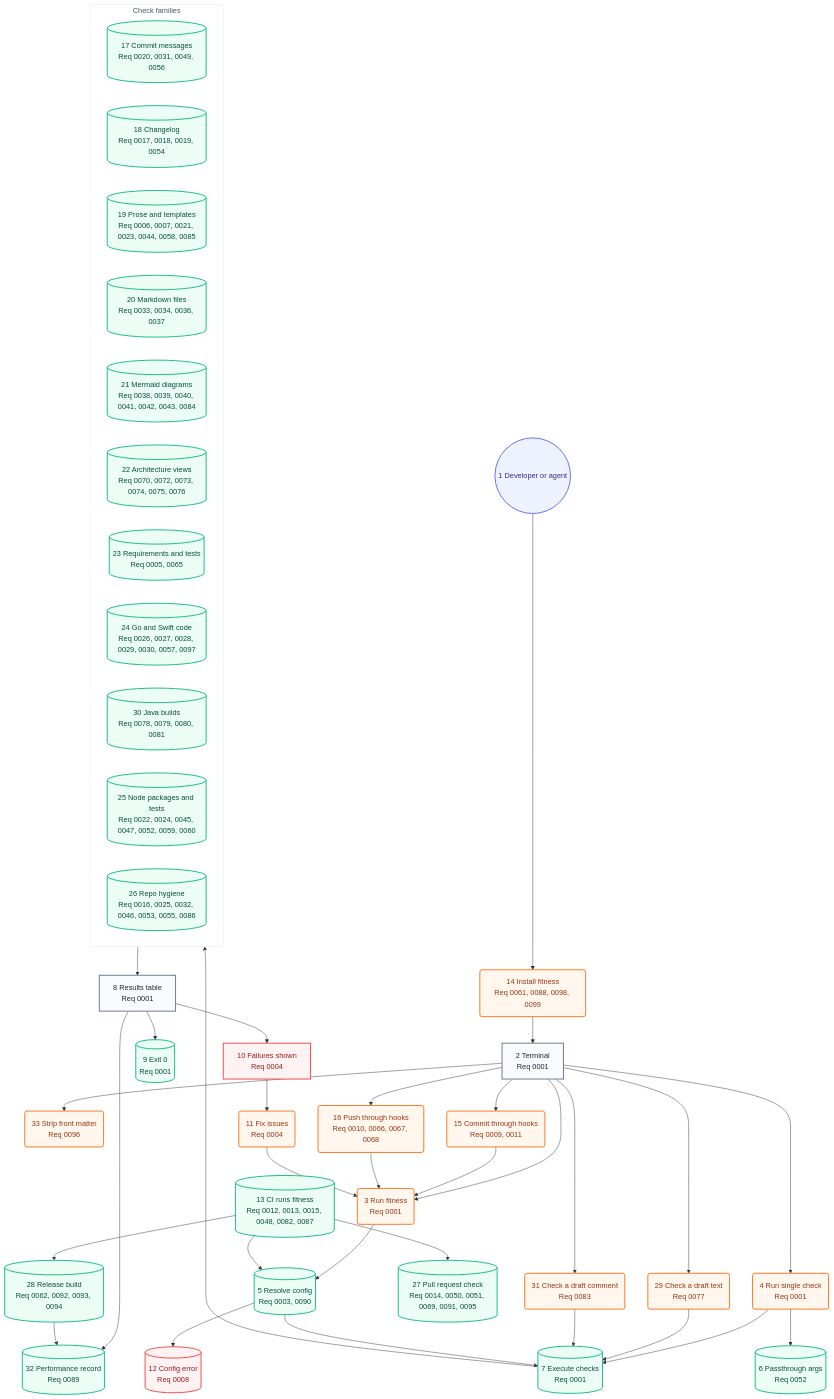
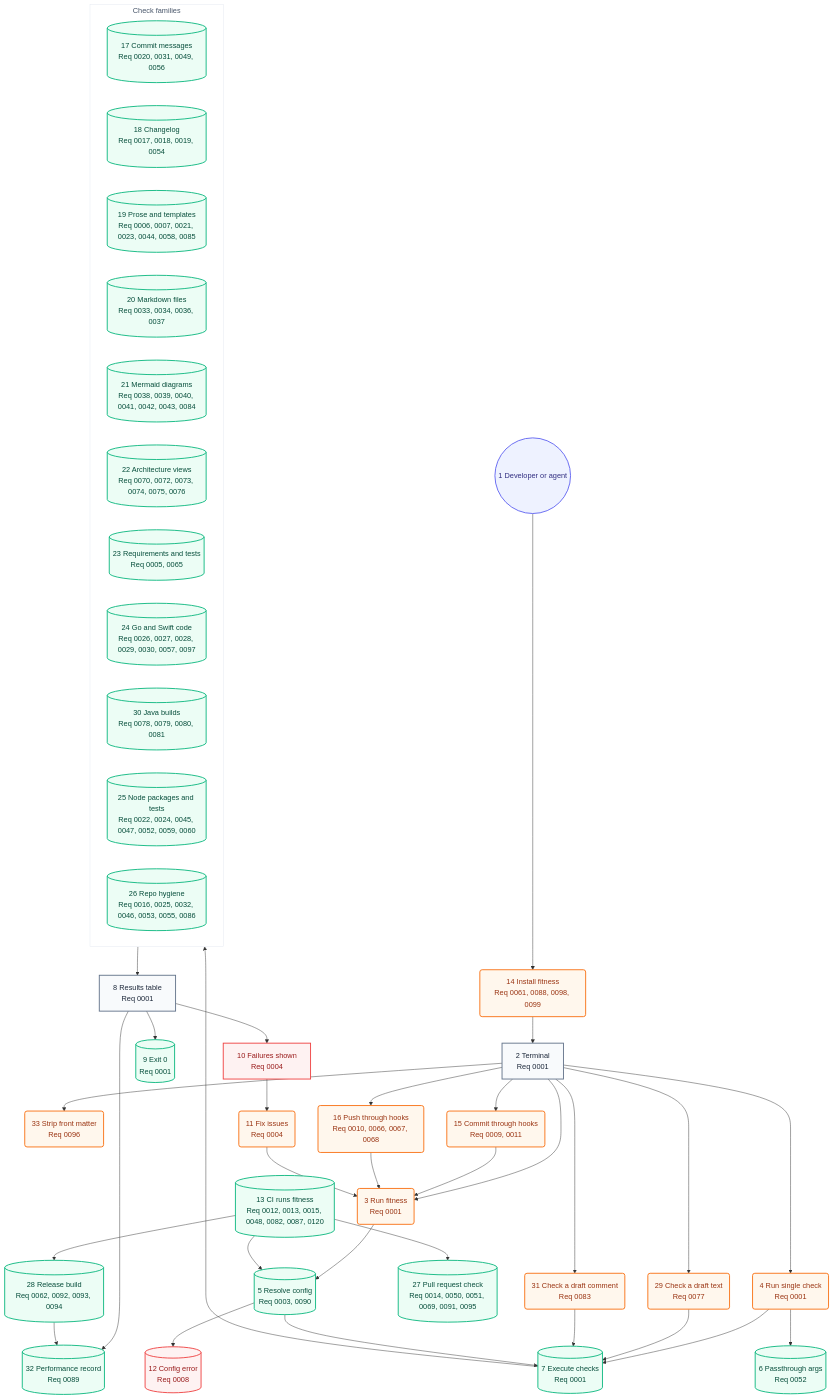
Before and after one commit to may-journal/fitness-runner: the second of 2 diagrams in docs/architecture/05-user-journey.md, drawn with Mermaid. The commit also changed 10 other files, not shown here.

````diff
--- a/docs/architecture/05-user-journey.md
+++ b/docs/architecture/05-user-journey.md
@@ -40,78 +40,78 @@
 ```mermaid
 flowchart TB
     dev((1 Developer or agent)):::persona
     install(14 Install fitness<br/>Req 0061, 0088, 0098, 0099):::action
     terminal[2 Terminal<br/>Req 0001]:::screen
     runFull(3 Run fitness<br/>Req 0001):::action
     runSingle(4 Run single check<br/>Req 0001):::action
     runBlob(29 Check a draft text<br/>Req 0077):::action
     runComment(31 Check a draft comment<br/>Req 0083):::action
     stripFront(33 Strip front matter<br/>Req 0096):::action
     commitHook(15 Commit through hooks<br/>Req 0009, 0011):::action
     pushHook(16 Push through hooks<br/>Req 0010, 0066, 0067, 0068):::action
     resolveConfig[(5 Resolve config<br/>Req 0003, 0090)]:::system
     passArgs[(6 Passthrough args<br/>Req 0052)]:::system
     executeChecks[(7 Execute checks<br/>Req 0001)]:::system
 
     subgraph checks["Check families"]
         commitChecks[(17 Commit messages<br/>Req 0020, 0031, 0049, 0056)]:::system
         changelogChecks[(18 Changelog<br/>Req 0017, 0018, 0019, 0054)]:::system
         proseChecks[(19 Prose and templates<br/>Req 0006, 0007, 0021, 0023, 0044, 0058, 0085)]:::system
         markdownChecks[(20 Markdown files<br/>Req 0033, 0034, 0036, 0037)]:::system
         mermaidChecks[(21 Mermaid diagrams<br/>Req 0038, 0039, 0040, 0041, 0042, 0043, 0084)]:::system
         architectureChecks[(22 Architecture views<br/>Req 0070, 0072, 0073, 0074, 0075, 0076)]:::system
         requirementChecks[(23 Requirements and tests<br/>Req 0005, 0065)]:::system
         goSwiftChecks[(24 Go and Swift code<br/>Req 0026, 0027, 0028, 0029, 0030, 0057, 0097)]:::system
         javaChecks[(30 Java builds<br/>Req 0078, 0079, 0080, 0081)]:::system
         nodeChecks[(25 Node packages and tests<br/>Req 0022, 0024, 0045, 0047, 0052, 0059, 0060)]:::system
         repoChecks[(26 Repo hygiene<br/>Req 0016, 0025, 0032, 0046, 0053, 0055, 0086)]:::system
     end
 
     resultsTable[8 Results table<br/>Req 0001]:::screen
     exitZero[(9 Exit 0<br/>Req 0001)]:::system
     failuresShown[10 Failures shown<br/>Req 0004]:::blocked
     fixIssues(11 Fix issues<br/>Req 0004):::action
     configError[(12 Config error<br/>Req 0008)]:::blocked
-    ciRun[(13 CI runs fitness<br/>Req 0012, 0013, 0015, 0048, 0082, 0087)]:::system
+    ciRun[(13 CI runs fitness<br/>Req 0012, 0013, 0015, 0048, 0082, 0087, 0120)]:::system
     prCheck[(27 Pull request check<br/>Req 0014, 0050, 0051, 0069, 0091, 0095)]:::system
     release[(28 Release build<br/>Req 0062, 0092, 0093, 0094)]:::system
     perfRecord[(32 Performance record<br/>Req 0089)]:::system
 
     dev --> install
     install --> terminal
     terminal --> runFull
     terminal --> runSingle
     terminal --> commitHook
     terminal --> pushHook
     terminal --> runBlob
     terminal --> runComment
     terminal --> stripFront
     commitHook --> runFull
     pushHook --> runFull
     runFull --> resolveConfig
     runSingle --> executeChecks
     runSingle --> passArgs
     runBlob --> executeChecks
     runComment --> executeChecks
     resolveConfig --> executeChecks
     resolveConfig --> configError
     executeChecks --> checks
     checks --> resultsTable
     resultsTable --> exitZero
     resultsTable --> failuresShown
     failuresShown --> fixIssues
     fixIssues --> runFull
     ciRun --> resolveConfig
     ciRun --> prCheck
     ciRun --> release
     resultsTable --> perfRecord
     release --> perfRecord
 
     classDef persona fill:#eef2ff,stroke:#6366f1,color:#312e81,stroke-width:2px
     classDef screen fill:#f8fafc,stroke:#64748b,color:#1e293b,stroke-width:2px
     classDef action fill:#fff7ed,stroke:#f97316,color:#9a3412,stroke-width:2px
     classDef system fill:#ecfdf5,stroke:#10b981,color:#064e3b,stroke-width:2px
     classDef blocked fill:#fef2f2,stroke:#ef4444,color:#991b1b,stroke-width:2px
 
     style checks fill:#ffffff,stroke:#e2e8f0,color:#475569,stroke-width:1px
 ```
````
